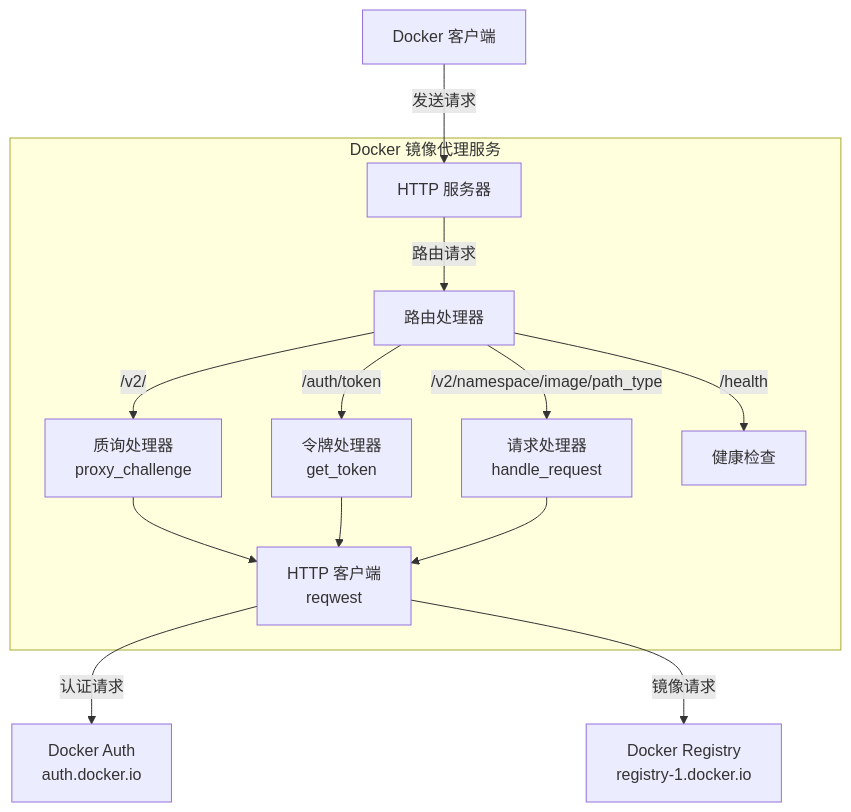
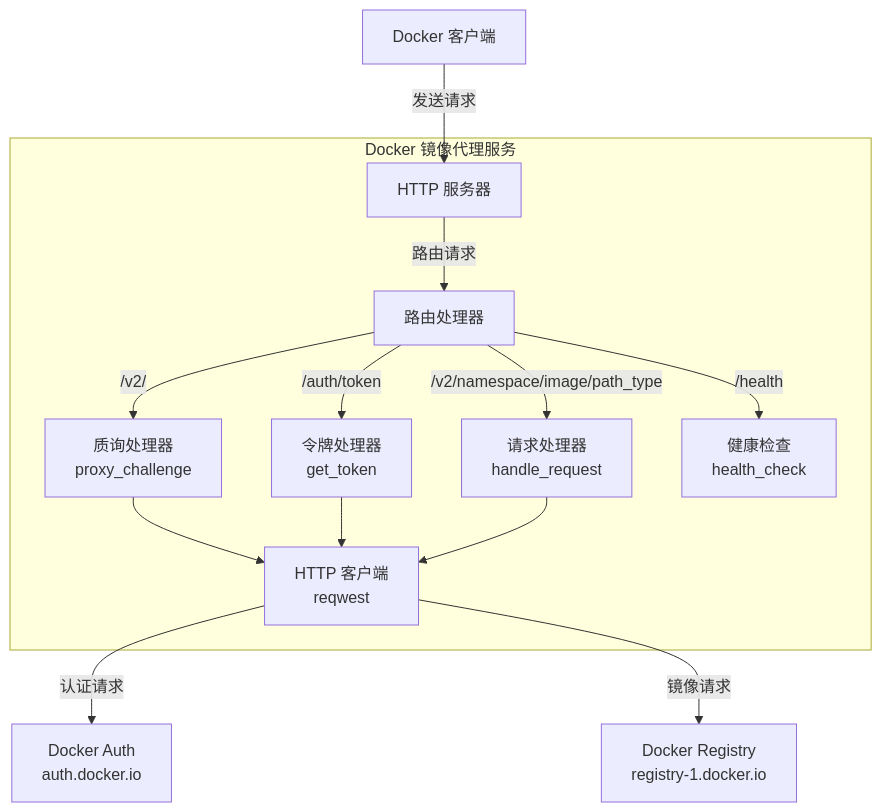
Before and after one commit to harrisonwang/docxy: the first of 3 diagrams in README_CN.md, drawn with Mermaid. The commit also changed other lines of this file, not shown here.

````diff
--- a/README_CN.md
+++ b/README_CN.md
@@ -64,23 +64,23 @@
 ```mermaid
 graph TD
     Client[Docker 客户端] -->|发送请求| HttpServer[HTTP 服务器]
     
     subgraph "Docker 镜像代理服务"
         HttpServer -->|路由请求| RouterHandler[路由处理器]
         
         RouterHandler -->|/v2/| ChallengeHandler[质询处理器<br>proxy_challenge]
         RouterHandler -->|/auth/token| TokenHandler[令牌处理器<br>get_token]
         RouterHandler -->|/v2/namespace/image/path_type| RequestHandler[请求处理器<br>handle_request]
-        RouterHandler -->|/health| HealthCheck[健康检查]
+        RouterHandler -->|/health| HealthCheck[健康检查<br>health_check]
         
         ChallengeHandler --> HttpClient
         TokenHandler --> HttpClient
         RequestHandler --> HttpClient
         
     end
     
     HttpClient[HTTP 客户端<br>reqwest]
     
     HttpClient -->|认证请求| DockerAuth[Docker Auth<br>auth.docker.io]
     HttpClient -->|镜像请求| DockerRegistry[Docker Registry<br>registry-1.docker.io]
 ```
````
